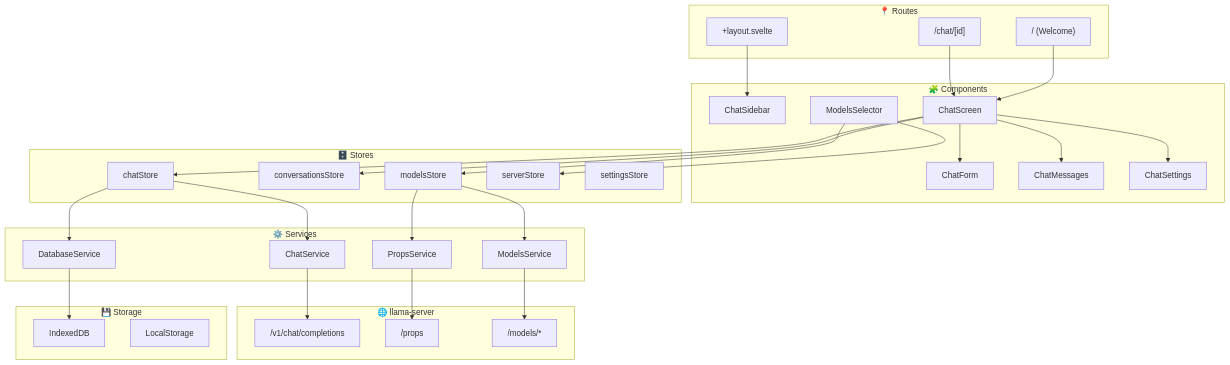
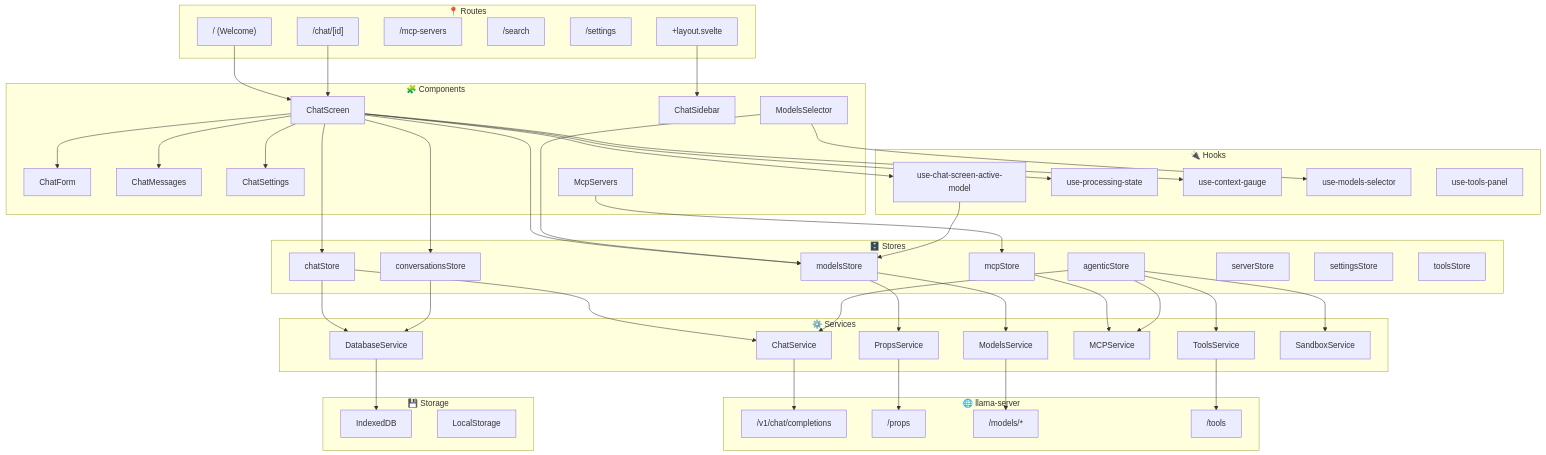
The first of 5 diagrams in tools/ui/README.md (Raudbjorn/ggml-llama.cpp), drawn with Mermaid before and after one commit. The commit also changed other lines of this file and 1438 other files, not shown here.

````diff
--- a/tools/ui/README.md
+++ b/tools/ui/README.md
@@ -259,55 +257,82 @@
 ```mermaid
 flowchart TB
     subgraph Routes["📍 Routes"]
         R1["/ (Welcome)"]
         R2["/chat/[id]"]
+        R3["/mcp-servers"]
+        R4["/search"]
+        R5["/settings"]
         RL["+layout.svelte"]
     end
 
     subgraph Components["🧩 Components"]
-        C_Sidebar["ChatSidebar"]
         C_Screen["ChatScreen"]
         C_Form["ChatForm"]
         C_Messages["ChatMessages"]
-        C_ModelsSelector["ModelsSelector"]
+        C_Sidebar["ChatSidebar"]
+        C_Models["ModelsSelector"]
         C_Settings["ChatSettings"]
+        C_Mcp["McpServers"]
+    end
+
+    subgraph Hooks["🔌 Hooks"]
+        H1["use-chat-screen-active-model"]
+        H2["use-processing-state"]
+        H3["use-context-gauge"]
+        H4["use-models-selector"]
+        H5["use-tools-panel"]
     end
 
     subgraph Stores["🗄️ Stores"]
         S1["chatStore"]
         S2["conversationsStore"]
         S3["modelsStore"]
-        S4["serverStore"]
-        S5["settingsStore"]
+        S4["mcpStore"]
+        S5["agenticStore"]
+        S6["serverStore"]
+        S7["settingsStore"]
+        S8["toolsStore"]
     end
 
     subgraph Services["⚙️ Services"]
         SV1["ChatService"]
         SV2["ModelsService"]
         SV3["PropsService"]
         SV4["DatabaseService"]
+        SV5["MCPService"]
+        SV6["ToolsService"]
+        SV7["SandboxService"]
     end
 
     subgraph Storage["💾 Storage"]
         ST1["IndexedDB"]
         ST2["LocalStorage"]
     end
 
     subgraph APIs["🌐 llama-server"]
         API1["/v1/chat/completions"]
         API2["/props"]
         API3["/models/*"]
+        API4["/tools"]
     end
 
     R1 & R2 --> C_Screen
     RL --> C_Sidebar
     C_Screen --> C_Form & C_Messages & C_Settings
-    C_Screen --> S1 & S2
-    C_ModelsSelector --> S3 & S4
+    C_Screen --> H1 & H2 & H3
+    C_Models --> H4
+    C_Mcp --> S4
+    C_Screen --> S1 & S2 & S3
+    C_Models --> S3
+    H1 --> S3
     S1 --> SV1 & SV4
+    S2 --> SV4
     S3 --> SV2 & SV3
+    S4 --> SV5
+    S5 --> SV1 & SV5 & SV6 & SV7
     SV4 --> ST1
     SV1 --> API1
     SV2 --> API3
     SV3 --> API2
+    SV6 --> API4
 ```
````
